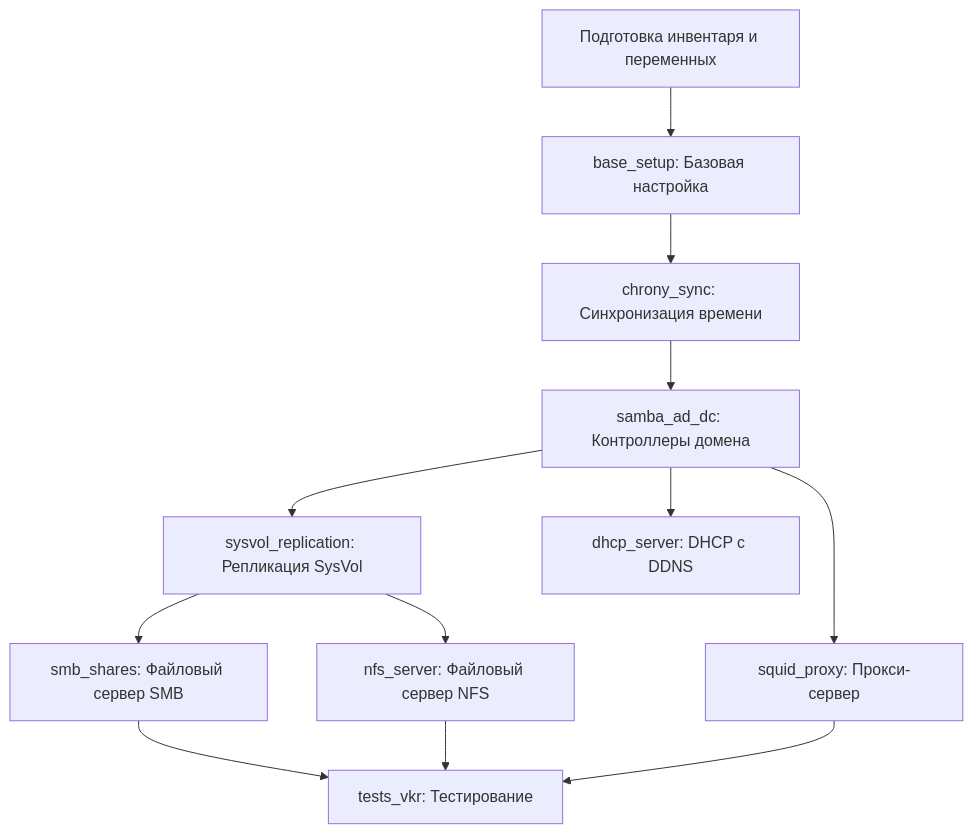
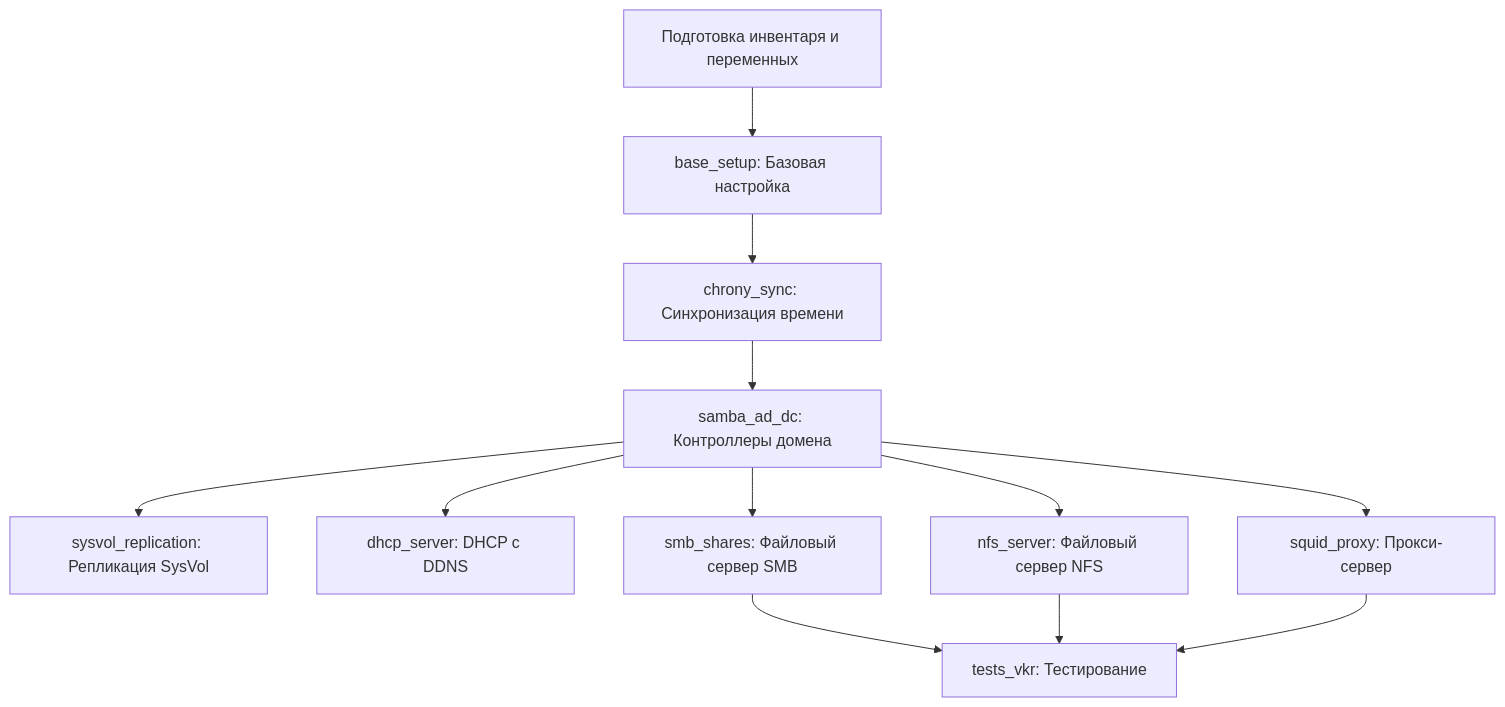
One commit to shoelacevip12/Altlinux_VKR_2026 changed the diagram in README.md. Above: the diagram before and after it, drawn with Mermaid.

````diff
--- a/README.md
+++ b/README.md
@@ -608,12 +608,12 @@
 ```mermaid
 graph TD
     A[Подготовка инвентаря и переменных] --> B[base_setup: Базовая настройка]
     B --> C[chrony_sync: Синхронизация времени]
     C --> D[samba_ad_dc: Контроллеры домена]
     D --> E[sysvol_replication: Репликация SysVol]
     D --> F[dhcp_server: DHCP с DDNS]
-    E --> G[smb_shares: Файловый сервер SMB]
-    E --> H[nfs_server: Файловый сервер NFS]
+    D --> G[smb_shares: Файловый сервер SMB]
+    D --> H[nfs_server: Файловый сервер NFS]
     D --> I[squid_proxy: Прокси-сервер]
     G & H & I --> J[tests_vkr: Тестирование]
 ```
````
